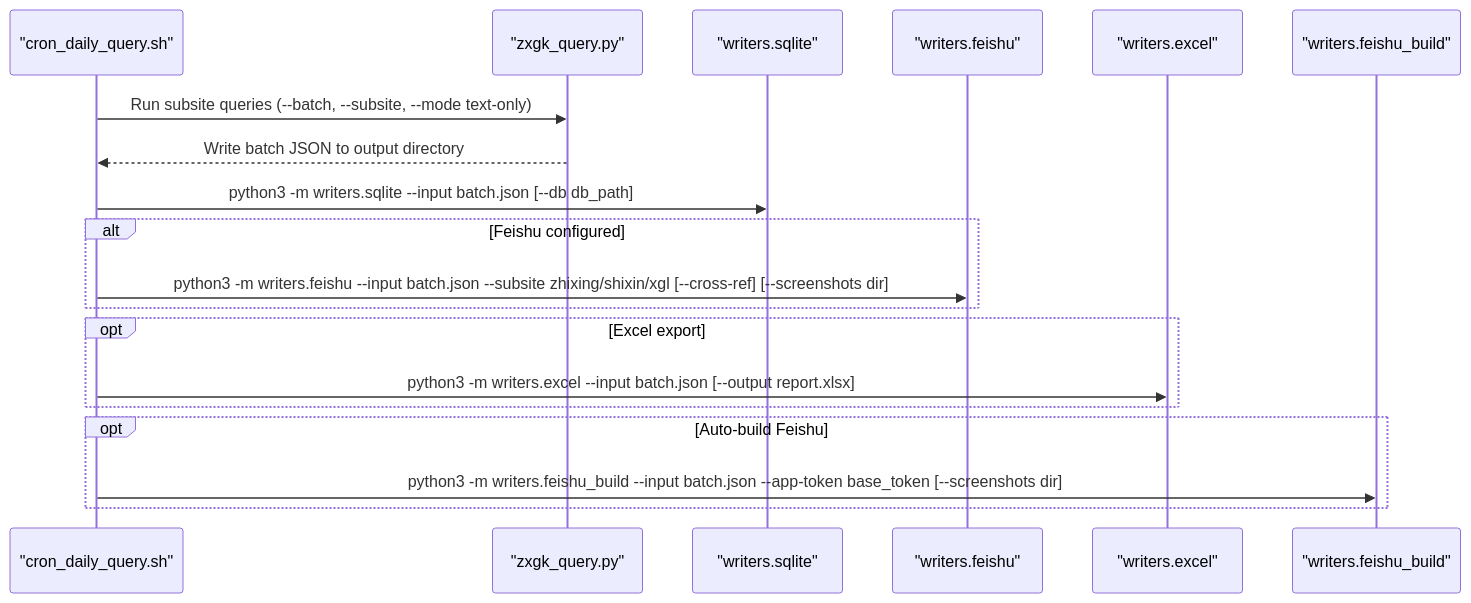
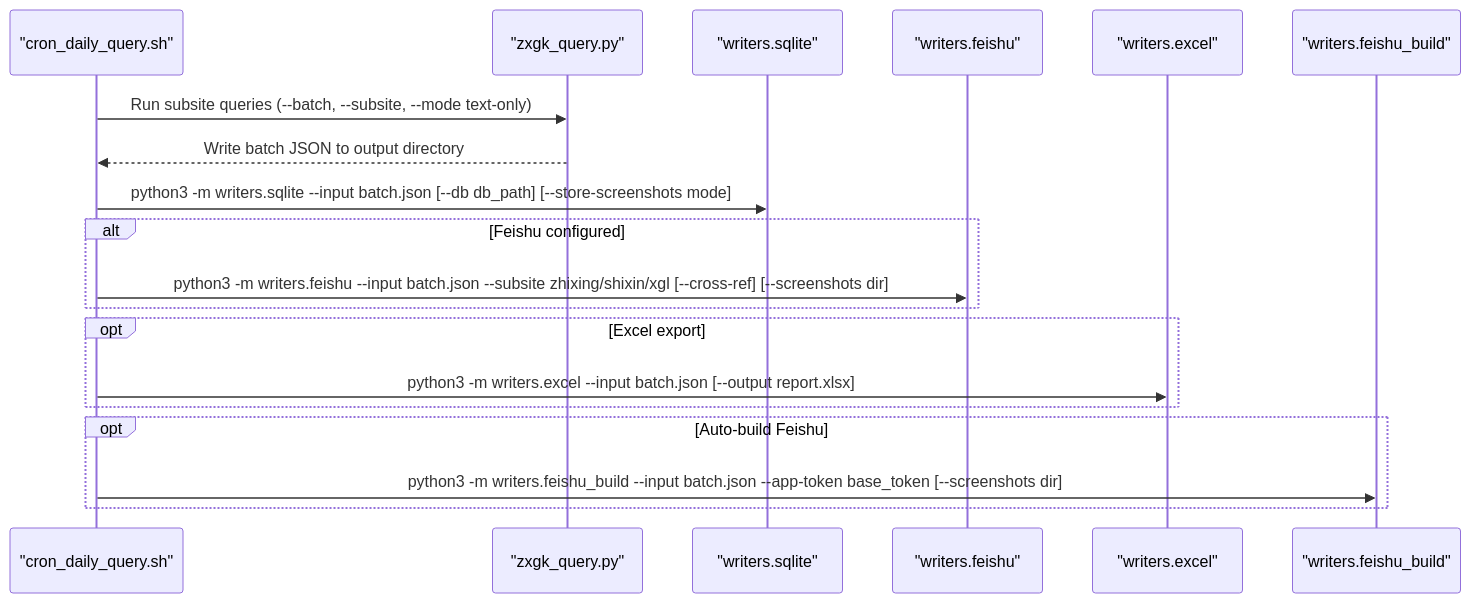
The second of 8 diagrams in .qoder/repowiki/en/content/Core Architecture/Output Generation System.md (supotato-ipj/zxgk_auto_query-skill), drawn with Mermaid before and after one commit. The commit also changed other lines of this file and 24 other files, not shown here.

````diff
--- a/.qoder/repowiki/en/content/Core Architecture/Output Generation System.md
+++ b/.qoder/repowiki/en/content/Core Architecture/Output Generation System.md
@@ -114,21 +122,21 @@
 ```mermaid
 sequenceDiagram
 participant Cron as "cron_daily_query.sh"
 participant Zxgk as "zxgk_query.py"
 participant SQLite as "writers.sqlite"
 participant Feishu as "writers.feishu"
 participant Excel as "writers.excel"
 participant FeBuild as "writers.feishu_build"
 Cron->>Zxgk : Run subsite queries (--batch, --subsite, --mode text-only)
 Zxgk-->>Cron : Write batch JSON to output directory
-Cron->>SQLite : python3 -m writers.sqlite --input batch.json [--db db_path]
+Cron->>SQLite : python3 -m writers.sqlite --input batch.json [--db db_path] [--store-screenshots mode]
 alt Feishu configured
 Cron->>Feishu : python3 -m writers.feishu --input batch.json --subsite zhixing/shixin/xgl [--cross-ref] [--screenshots dir]
 end
 opt Excel export
 Cron->>Excel : python3 -m writers.excel --input batch.json [--output report.xlsx]
 end
 opt Auto-build Feishu
 Cron->>FeBuild : python3 -m writers.feishu_build --input batch.json --app-token base_token [--screenshots dir]
 end
 ```
````
